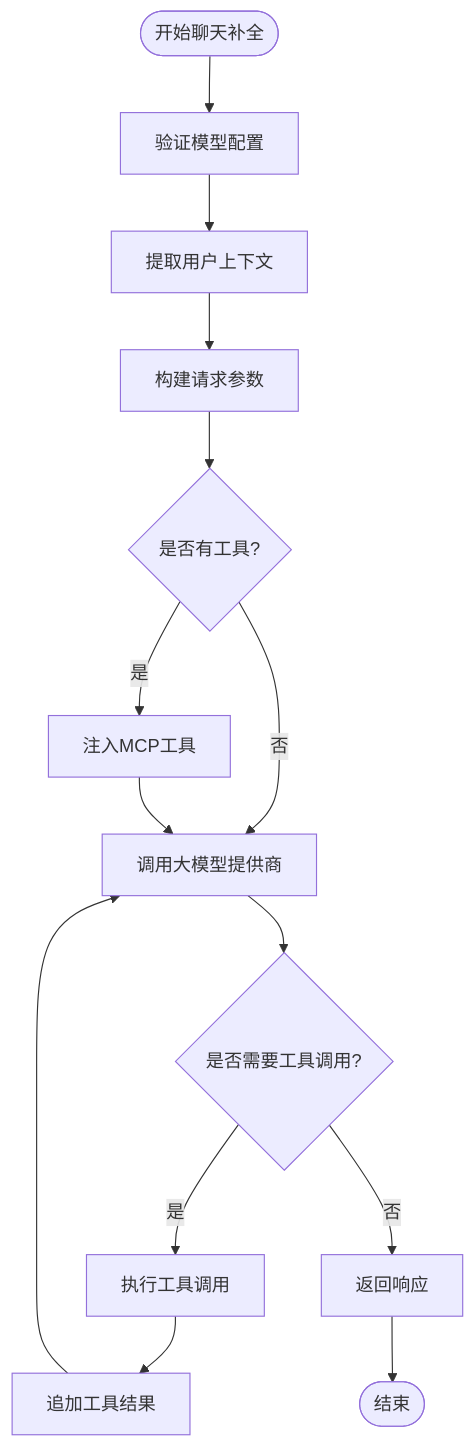
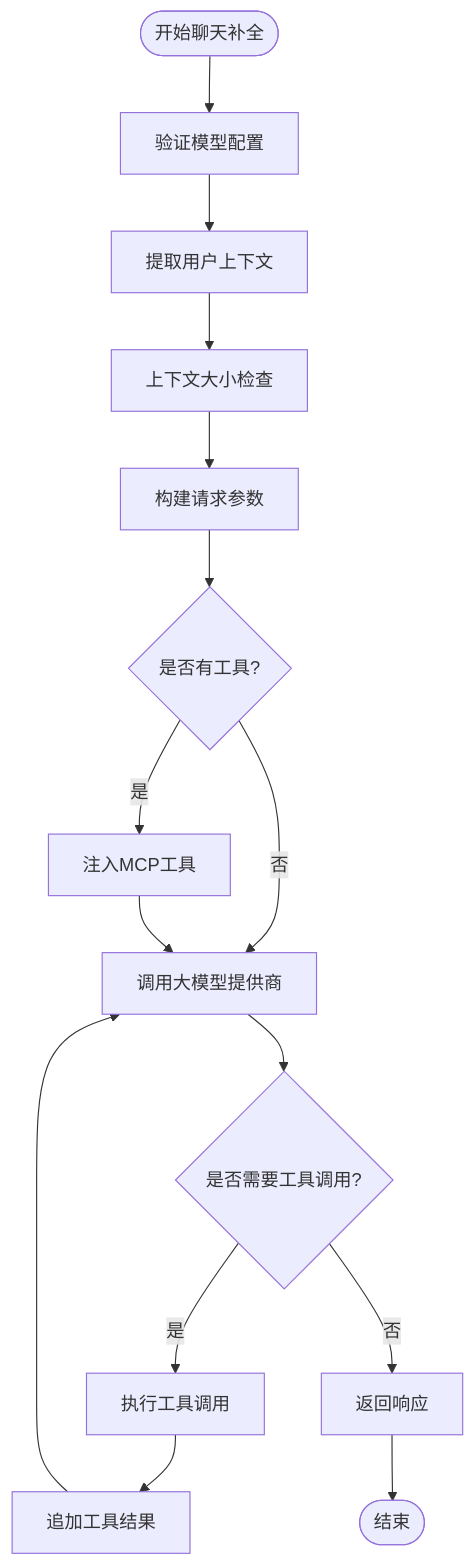
Before and after one commit to maomao94/zero-service: the fourth of 29 diagrams in .qoder/repowiki/zh/content/AI聊天服务迁移指南.md, drawn with Mermaid. The commit also changed other lines of this file and 48 other files, not shown here.

````diff
--- a/.qoder/repowiki/zh/content/AI聊天服务迁移指南.md
+++ b/.qoder/repowiki/zh/content/AI聊天服务迁移指南.md
@@ -269,16 +314,17 @@
 ```mermaid
 flowchart TD
 Start([开始聊天补全]) --> Validate[验证模型配置]
 Validate --> ExtractContext[提取用户上下文]
-ExtractContext --> BuildReq[构建请求参数]
+ExtractContext --> ContextCheck[上下文大小检查]
+ContextCheck --> BuildReq[构建请求参数]
 BuildReq --> InjectTools{是否有工具?}
 InjectTools --> |是| InjectMCP[注入MCP工具]
 InjectTools --> |否| CallProvider[调用大模型提供商]
 InjectMCP --> CallProvider
 CallProvider --> CheckTool{是否需要工具调用?}
 CheckTool --> |是| ExecuteTools[执行工具调用]
 CheckTool --> |否| ReturnResp[返回响应]
 ExecuteTools --> AppendMessages[追加工具结果]
 AppendMessages --> CallProvider
 ReturnResp --> End([结束])
 ```
````
